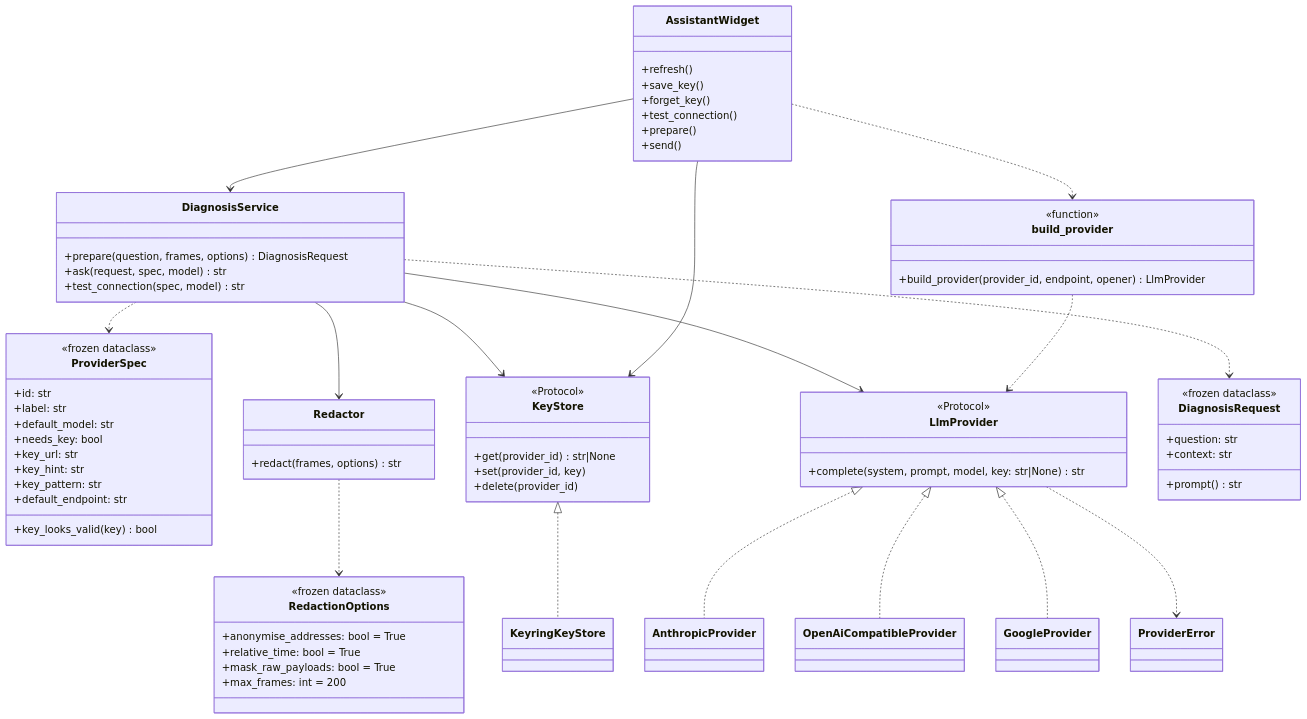
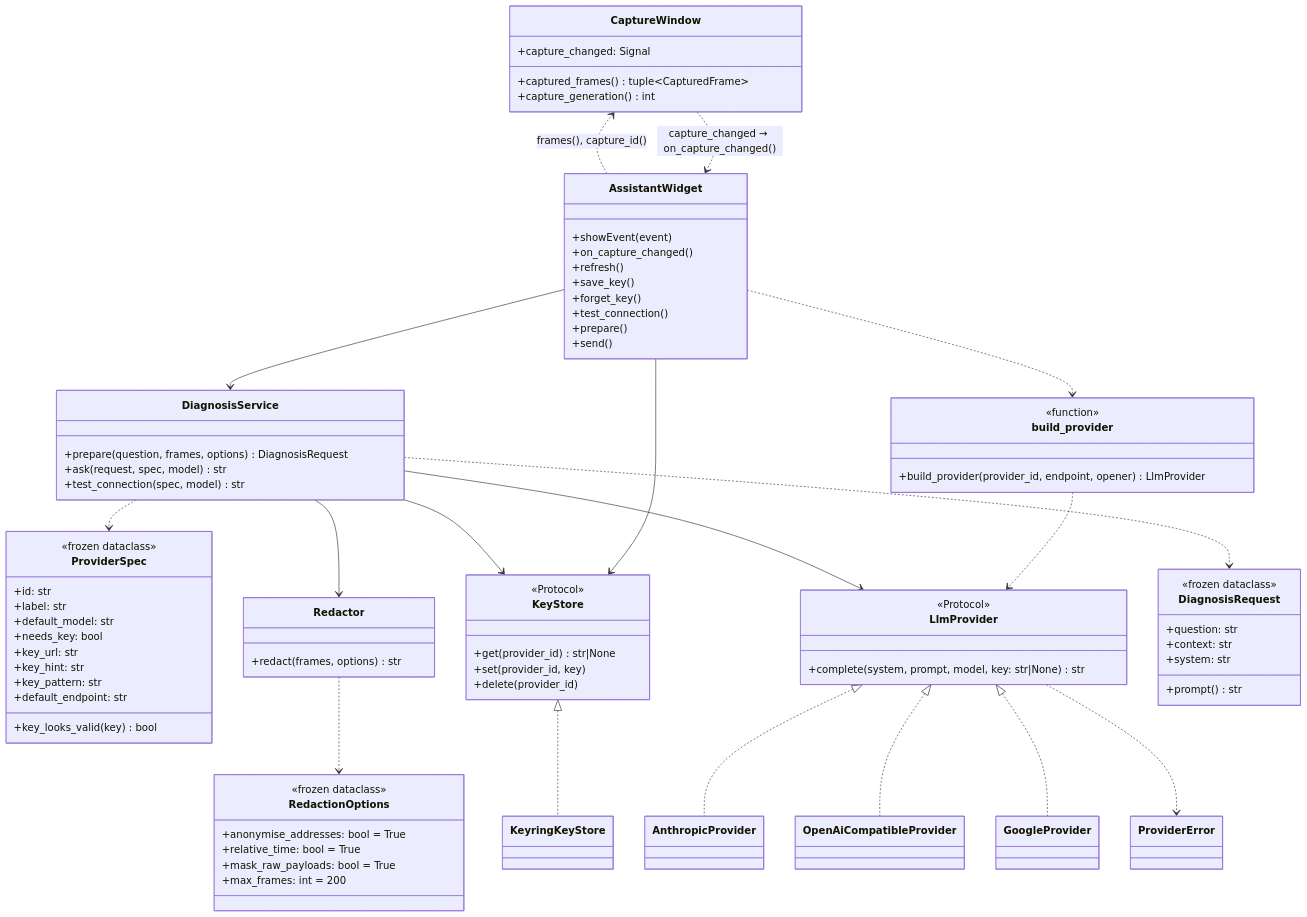
One commit to benoit-bremaud/busscope changed the diagram in docs/architecture/diagrams/ai-assistant/03-class.md. Above: the diagram before and after it, drawn with Mermaid. The commit also changed other lines of this file and 2 other files, not shown here.

Commit message:
fix(ai): flag context-window truncation and read every Gemini text part
- Anthropic: stop_reason "model_context_window_exceeded" marks the
  answer truncated, like "max_tokens".
- Gemini: every text part of the candidate is concatenated; a candidate
  without text is an explicit error.
- The class diagram documents the CaptureWindow/AssistantWidget contract
  (the two earlier diagram edits had silently failed to apply).

Addresses Codex review on ebce008.

```diff
--- a/docs/architecture/diagrams/ai-assistant/03-class.md
+++ b/docs/architecture/diagrams/ai-assistant/03-class.md
@@ -38,6 +38,7 @@
         <<frozen dataclass>>
         +question: str
         +context: str
+        +system: str
         +prompt() str
     }
     class DiagnosisService {
@@ -50,7 +51,14 @@
     class OpenAiCompatibleProvider
     class GoogleProvider
     class KeyringKeyStore
+    class CaptureWindow {
+        +captured_frames() tuple~CapturedFrame~
+        +capture_generation() int
+        +capture_changed: Signal
+    }
     class AssistantWidget {
+        +showEvent(event)
+        +on_capture_changed()
         +refresh()
         +save_key()
         +forget_key()
@@ -63,6 +71,8 @@
         +build_provider(provider_id, endpoint, opener) LlmProvider
     }
 
+    AssistantWidget ..> CaptureWindow : frames(), capture_id()
+    CaptureWindow ..> AssistantWidget : capture_changed → on_capture_changed()
     AssistantWidget --> DiagnosisService
     AssistantWidget --> KeyStore
     AssistantWidget ..> build_provider
```
